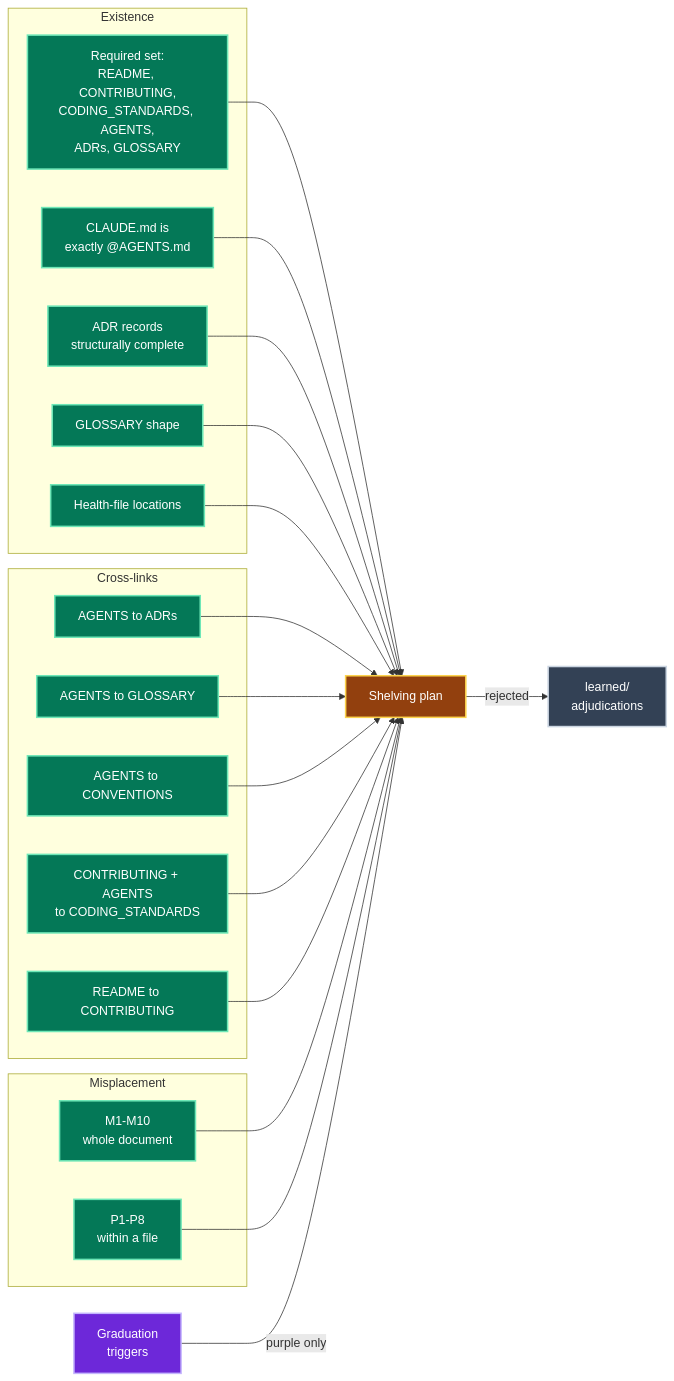
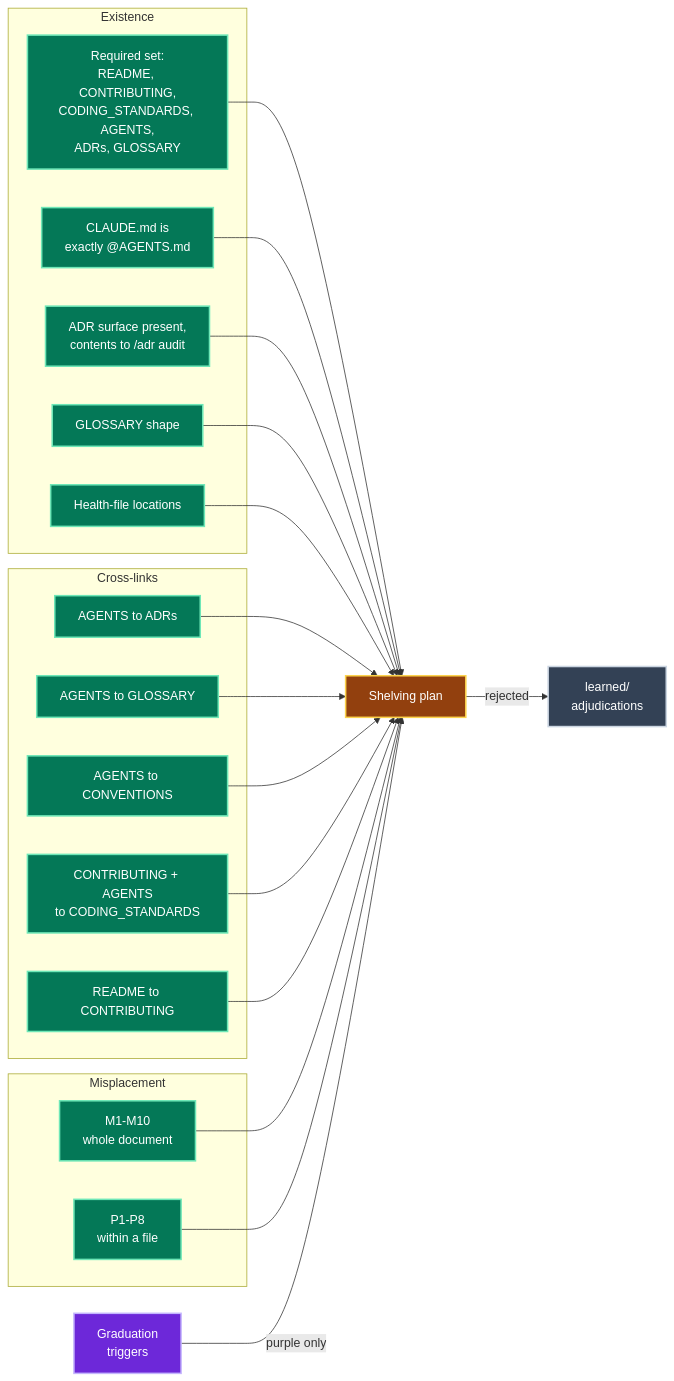
Before and after one commit to jpeakai/skills: the sixth of 12 diagrams in skills/librarian/ARCHITECTURE.md, drawn with Mermaid. The commit also changed other lines of this file and 49 other files, not shown here.

First line of the commit message:
feat(adr): extract decision records into their own skill, with a compliance audit

````diff
--- a/skills/librarian/ARCHITECTURE.md
+++ b/skills/librarian/ARCHITECTURE.md
@@ -208,47 +204,47 @@
 ```mermaid
 flowchart LR
     subgraph EXIST["Existence"]
         REQ["Required set:<br/>README, CONTRIBUTING,<br/>CODING_STANDARDS, AGENTS,<br/>ADRs, GLOSSARY"]:::step
         STUB["CLAUDE.md is<br/>exactly @AGENTS.md"]:::step
-        ADRS["ADR records<br/>structurally complete"]:::step
+        ADRS["ADR surface present,<br/>contents to /adr audit"]:::step
         GLOS["GLOSSARY shape"]:::step
         LOC["Health-file locations"]:::step
     end
 
     subgraph LINKS["Cross-links"]
         L1["AGENTS to ADRs"]:::step
         L2["AGENTS to GLOSSARY"]:::step
         L3["AGENTS to CONVENTIONS"]:::step
         L4["CONTRIBUTING + AGENTS<br/>to CODING_STANDARDS"]:::step
         L5["README to CONTRIBUTING"]:::step
     end
 
     subgraph SMELLS["Misplacement"]
         M["M1-M10<br/>whole document"]:::step
         P["P1-P8<br/>within a file"]:::step
     end
 
     GR["Graduation<br/>triggers"]:::rule
     PLAN["Shelving plan"]:::artifact
     ADJ["learned/<br/>adjudications"]:::resource
 
     REQ --> PLAN
     STUB --> PLAN
     ADRS --> PLAN
     GLOS --> PLAN
     LOC --> PLAN
     L1 --> PLAN
     L2 --> PLAN
     L3 --> PLAN
     L4 --> PLAN
     L5 --> PLAN
     M --> PLAN
     P --> PLAN
     GR -- purple only --> PLAN
     PLAN -- rejected --> ADJ
 
     classDef rule     fill:#6d28d9,stroke:#c4b5fd,color:#fff,stroke-width:2px
     classDef step     fill:#047857,stroke:#6ee7b7,color:#fff,stroke-width:2px
     classDef resource fill:#334155,stroke:#cbd5e1,color:#fff,stroke-width:2px
     classDef artifact fill:#92400e,stroke:#fcd34d,color:#fff,stroke-width:2px
 ```
````
